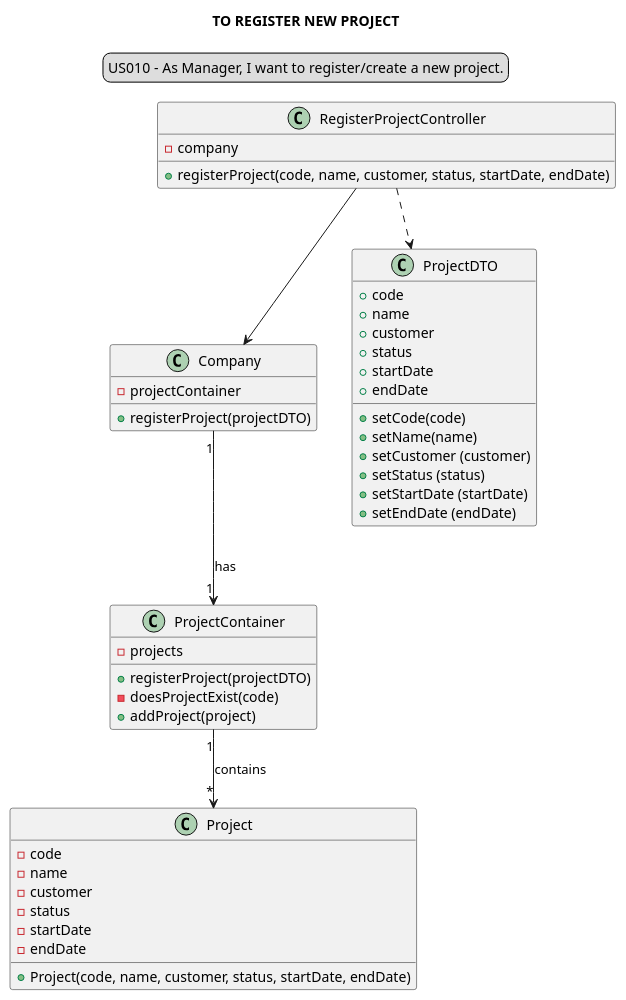
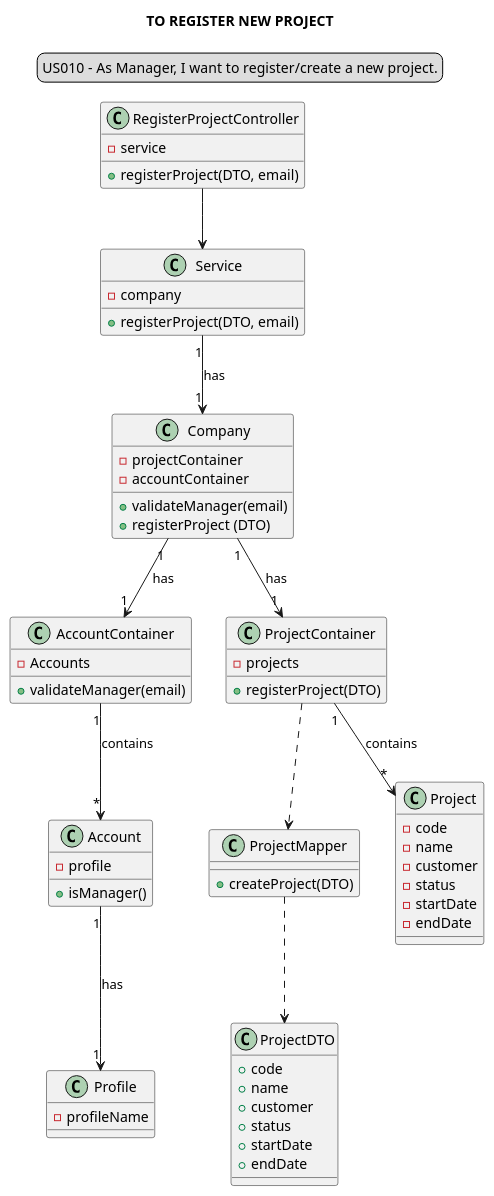
The diagram in docs/modelling_design/user_stories/us010/US010_classDiagram.puml (Loracline/project_switch_22-23), drawn with PlantUML before and after one commit. The commit also changed 1 other file, not shown here.

Commit message:
US010 : Design : Refinement os Class Diagram and Sequence Diagram.

```diff
--- a/docs/modelling_design/user_stories/us010/US010_classDiagram.puml
+++ b/docs/modelling_design/user_stories/us010/US010_classDiagram.puml
@@ -1,56 +1,77 @@
 @startuml
 
 skinparam sequenceMessageAlign center
 title TO REGISTER NEW PROJECT
 legend top
 US010 - As Manager, I want to register/create a new project.
 end legend
 
 class RegisterProjectController {
-- company
-+ registerProject(code, name, customer, status, startDate, endDate)
+- service
++ registerProject(DTO, email)
+}
+
+class Service {
+-company
++registerProject(DTO, email)
+
 }
 
 class Company {
 - projectContainer
-+ registerProject(projectDTO)
+- accountContainer
++ validateManager(email)
++ registerProject (DTO)
+}
+class AccountContainer {
++ validateManager(email)
+- Accounts
+}
+
+class Account {
++ isManager()
+- profile
+}
+
+class Profile {
+-profileName
 }
 
 class ProjectContainer {
 - projects
-+ registerProject(projectDTO)
-- doesProjectExist(code)
-+ addProject(project)
++ registerProject(DTO)
+}
+
+class ProjectMapper{
++ createProject(DTO)
 }
 
 class ProjectDTO{
 + code
 + name
 + customer
 + status
 + startDate
 + endDate
-+ setCode(code)
-+ setName(name)
-+ setCustomer (customer)
-+ setStatus (status)
-+ setStartDate (startDate)
-+ setEndDate (endDate)
 }
 
 class Project{
 - code
 - name
 - customer
 - status
 - startDate
 - endDate
-+Project(code, name, customer, status, startDate, endDate)
+
 }
 
-RegisterProjectController --> Company
+RegisterProjectController --> Service
+Service "1"-->"1" Company: has
 Company "1"-->"1" ProjectContainer: has
-RegisterProjectController ..> ProjectDTO
+Company "1"-->"1" AccountContainer: has
+AccountContainer "1"-->"*" Account: contains
 ProjectContainer "1"-->"*" Project: contains
-
+Account "1"-->"1" Profile: has
+ProjectMapper ..> ProjectDTO
+ProjectContainer ..> ProjectMapper
 @enduml
```
